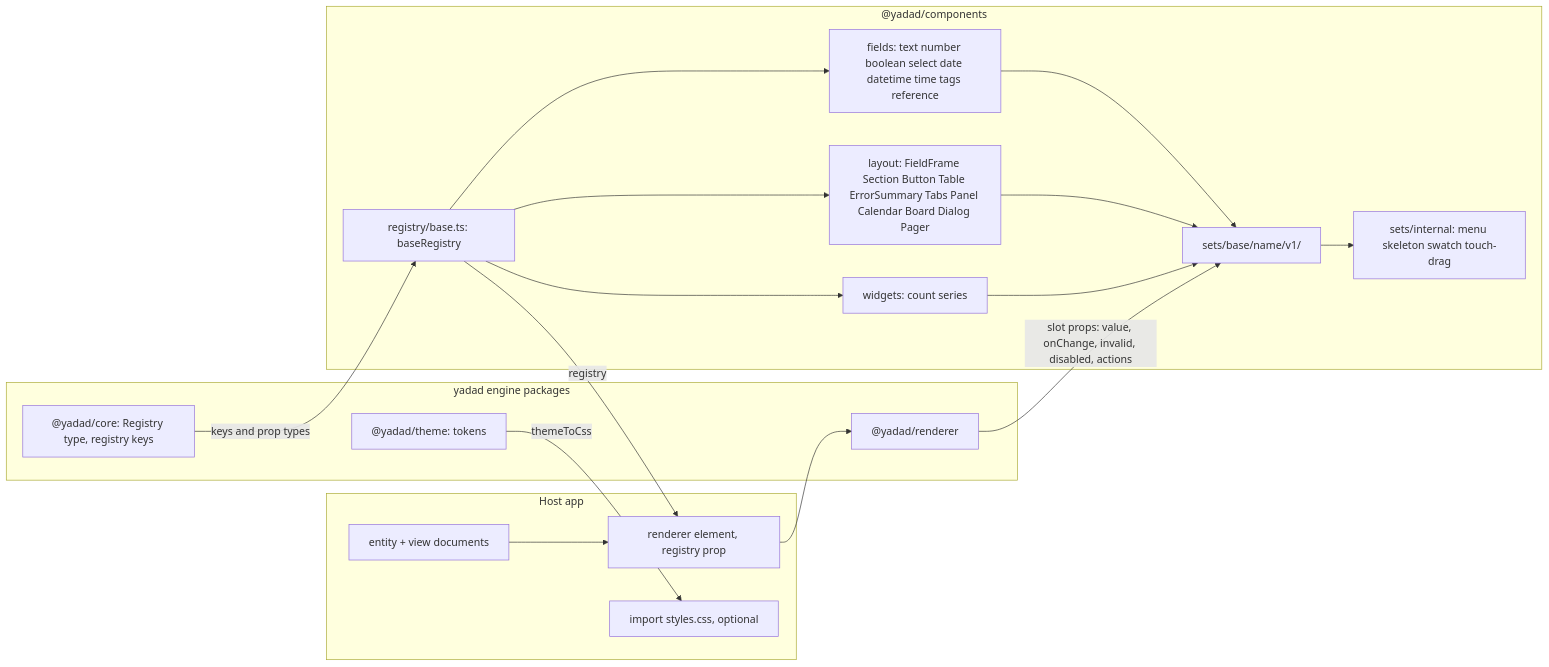
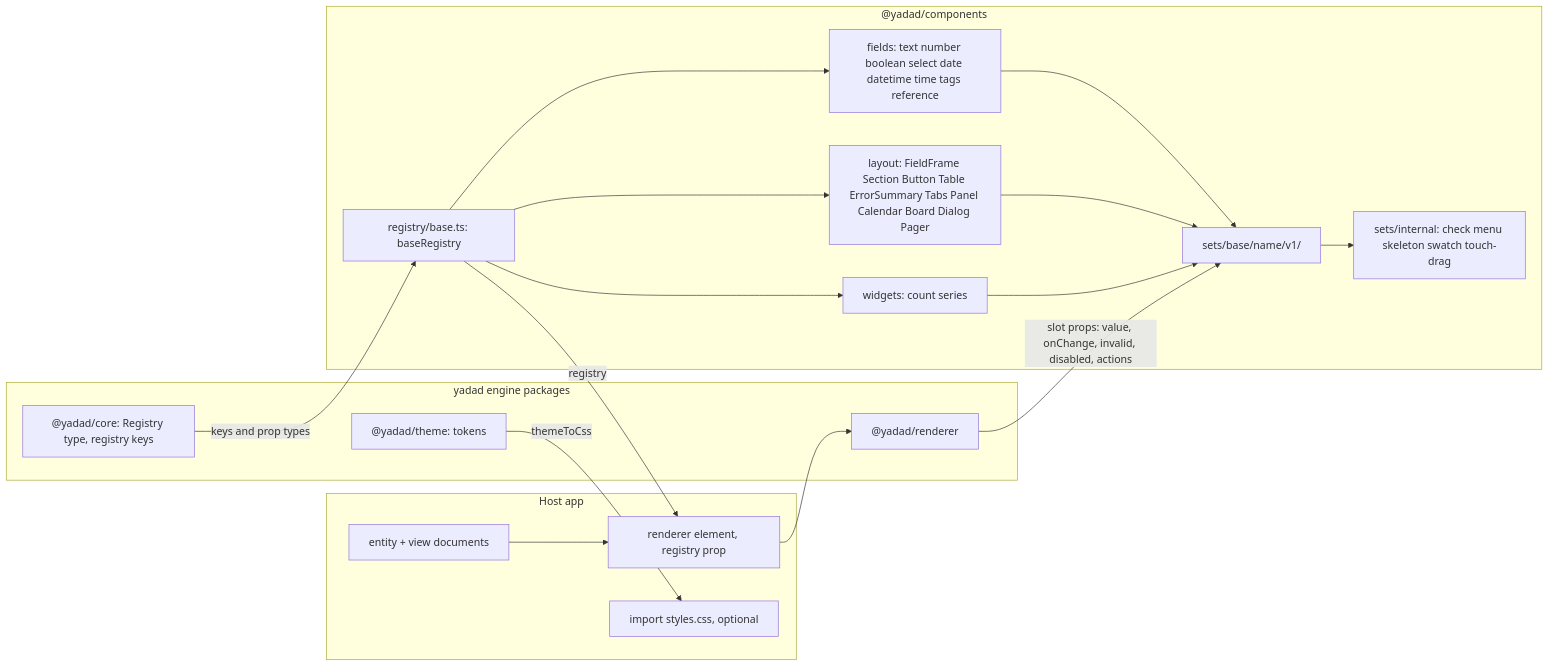
The first of 6 diagrams in ARCHITECTURE.md (aggressive-stag/yadad-components), drawn with Mermaid before and after one commit. The commit also changed other lines of this file, not shown here.

First line of the commit message:
docs(architecture): mermaid diagrams checked against code

````diff
--- a/ARCHITECTURE.md
+++ b/ARCHITECTURE.md
@@ -11,34 +11,34 @@
 ```mermaid
 flowchart LR
   subgraph Host["Host app"]
     Docs["entity + view documents"]
     Mount["renderer element, registry prop"]
     Css["import styles.css, optional"]
   end
   subgraph Engine["yadad engine packages"]
     Core["@yadad/core: Registry type, registry keys"]
     Theme["@yadad/theme: tokens"]
     Renderer["@yadad/renderer"]
   end
   subgraph Set["@yadad/components"]
     Base["registry/base.ts: baseRegistry"]
     Fields["fields: text number boolean select date datetime time tags reference"]
     Layout["layout: FieldFrame Section Button Table ErrorSummary Tabs Panel Calendar Board Dialog Pager"]
     Widgets["widgets: count series"]
     V1["sets/base/name/v1/"]
-    Internal["sets/internal: menu skeleton swatch touch-drag"]
+    Internal["sets/internal: check menu skeleton swatch touch-drag"]
   end
   Core -->|"keys and prop types"| Base
   Base --> Fields
   Base --> Layout
   Base --> Widgets
   Fields --> V1
   Layout --> V1
   Widgets --> V1
   V1 --> Internal
   Docs --> Mount
   Mount --> Renderer
   Base -->|"registry"| Mount
   Renderer -->|"slot props: value, onChange, invalid, disabled, actions"| V1
   Theme -->|"themeToCss"| Css
 ```
````
